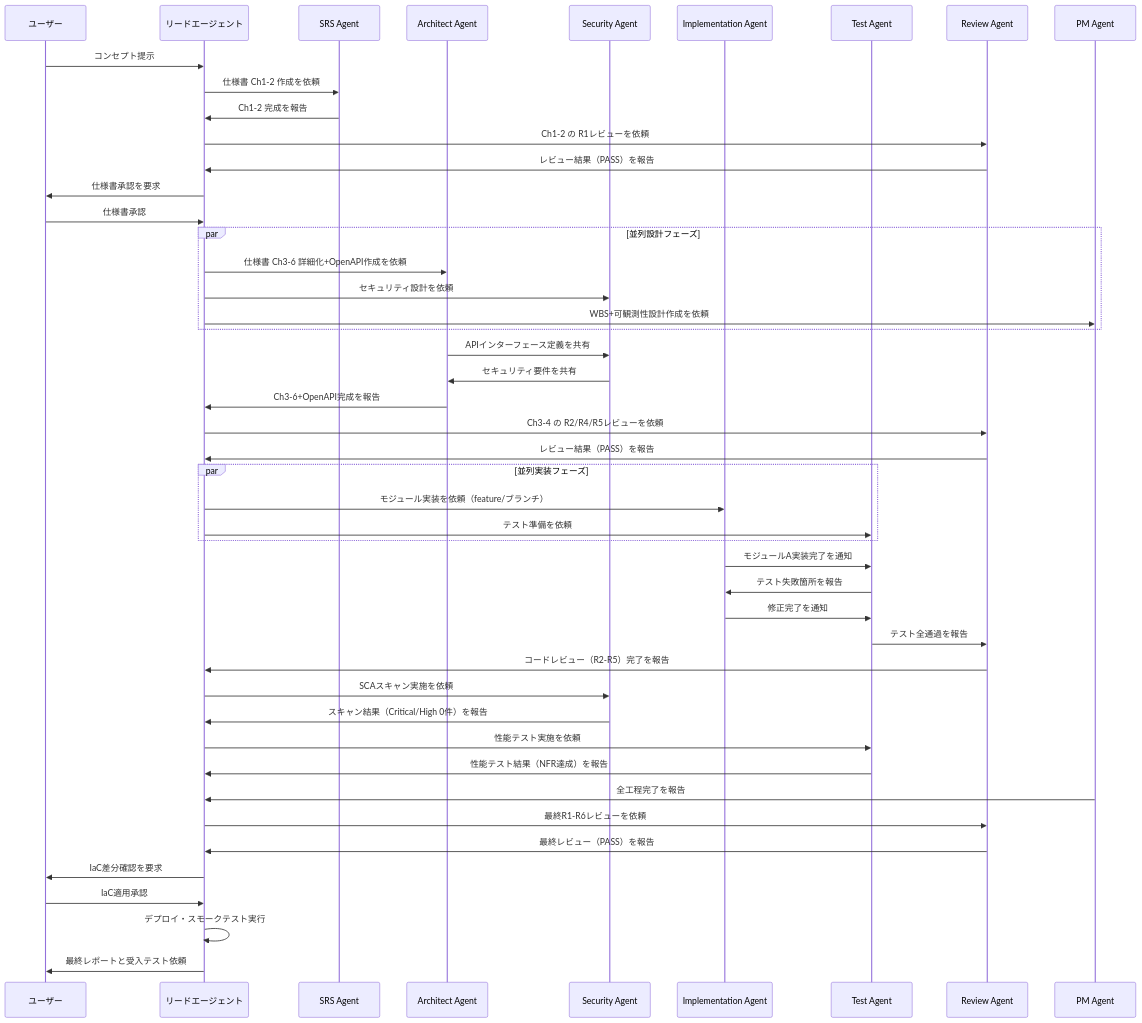
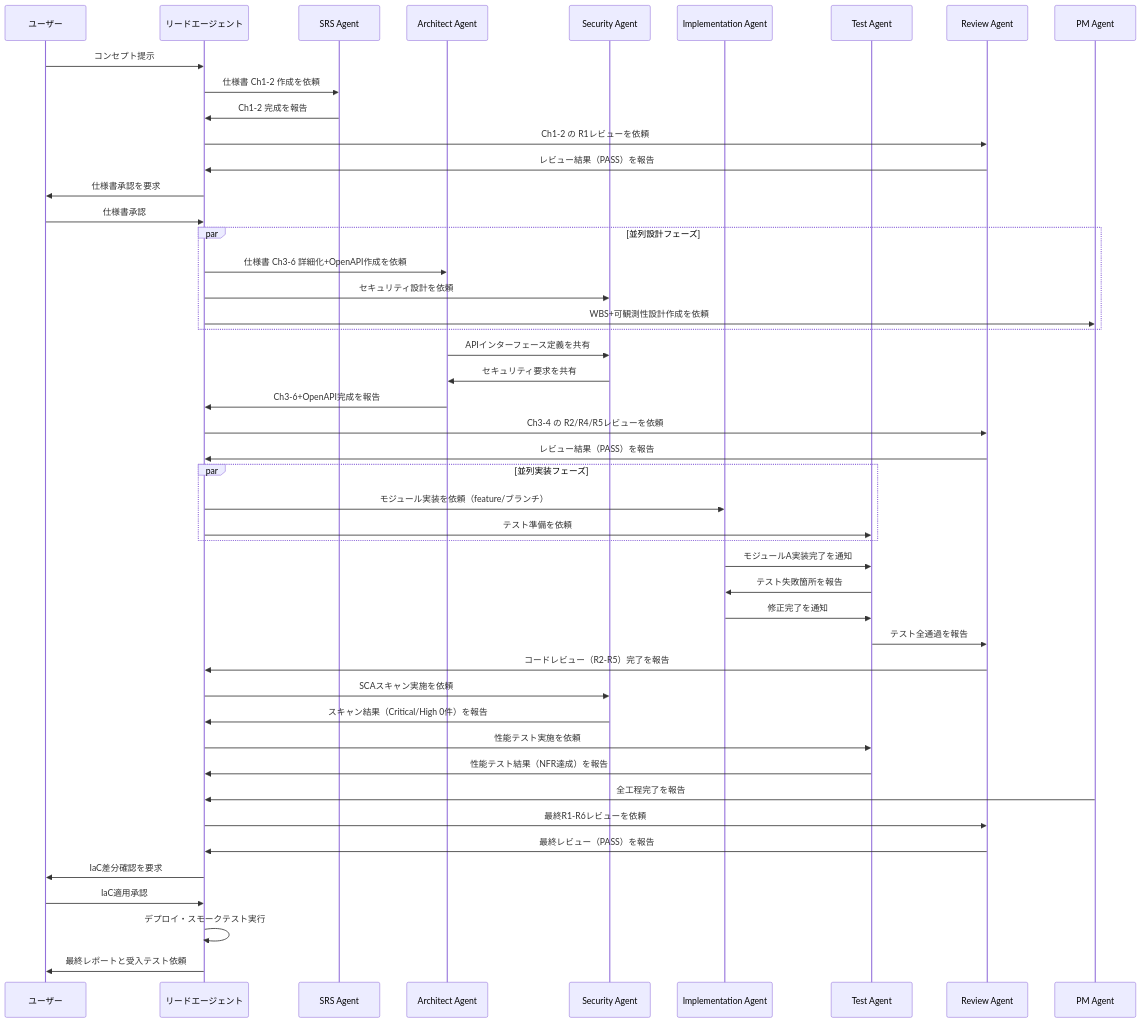
Diagram 11 of 11 in process-rules/full-auto-dev-process-rules-ja.md (GoodRelax/claude-code-full-auto-dev), drawn with Mermaid before and after one commit. The commit also changed other lines of this file and 22 other files, not shown here.

````diff
--- a/process-rules/full-auto-dev-process-rules-ja.md
+++ b/process-rules/full-auto-dev-process-rules-ja.md
@@ -2851,54 +2293,54 @@
 ```mermaid
 sequenceDiagram
     participant User as ユーザー
     participant Lead as リードエージェント
     participant SRS as SRS Agent
     participant Arch as Architect Agent
     participant Sec as Security Agent
     participant Impl as Implementation Agent
     participant Test as Test Agent
     participant Review as Review Agent
     participant PM as PM Agent
 
     User->>Lead: コンセプト提示
     Lead->>SRS: 仕様書 Ch1-2 作成を依頼
     SRS->>Lead: Ch1-2 完成を報告
     Lead->>Review: Ch1-2 の R1レビューを依頼
     Review->>Lead: レビュー結果（PASS）を報告
     Lead->>User: 仕様書承認を要求
     User->>Lead: 仕様書承認
 
     par 並列設計フェーズ
         Lead->>Arch: 仕様書 Ch3-6 詳細化+OpenAPI作成を依頼
         Lead->>Sec: セキュリティ設計を依頼
         Lead->>PM: WBS+可観測性設計作成を依頼
     end
 
     Arch->>Sec: APIインターフェース定義を共有
-    Sec->>Arch: セキュリティ要件を共有
+    Sec->>Arch: セキュリティ要求を共有
     Arch->>Lead: Ch3-6+OpenAPI完成を報告
     Lead->>Review: Ch3-4 の R2/R4/R5レビューを依頼
     Review->>Lead: レビュー結果（PASS）を報告
 
     par 並列実装フェーズ
         Lead->>Impl: モジュール実装を依頼（feature/ブランチ）
         Lead->>Test: テスト準備を依頼
     end
 
     Impl->>Test: モジュールA実装完了を通知
     Test->>Impl: テスト失敗箇所を報告
     Impl->>Test: 修正完了を通知
     Test->>Review: テスト全通過を報告
     Review->>Lead: コードレビュー（R2-R5）完了を報告
     Lead->>Sec: SCAスキャン実施を依頼
     Sec->>Lead: スキャン結果（Critical/High 0件）を報告
     Lead->>Test: 性能テスト実施を依頼
     Test->>Lead: 性能テスト結果（NFR達成）を報告
     PM->>Lead: 全工程完了を報告
     Lead->>Review: 最終R1-R6レビューを依頼
     Review->>Lead: 最終レビュー（PASS）を報告
     Lead->>User: IaC差分確認を要求
     User->>Lead: IaC適用承認
     Lead->>Lead: デプロイ・スモークテスト実行
     Lead->>User: 最終レポートと受入テスト依頼
 ```
````
